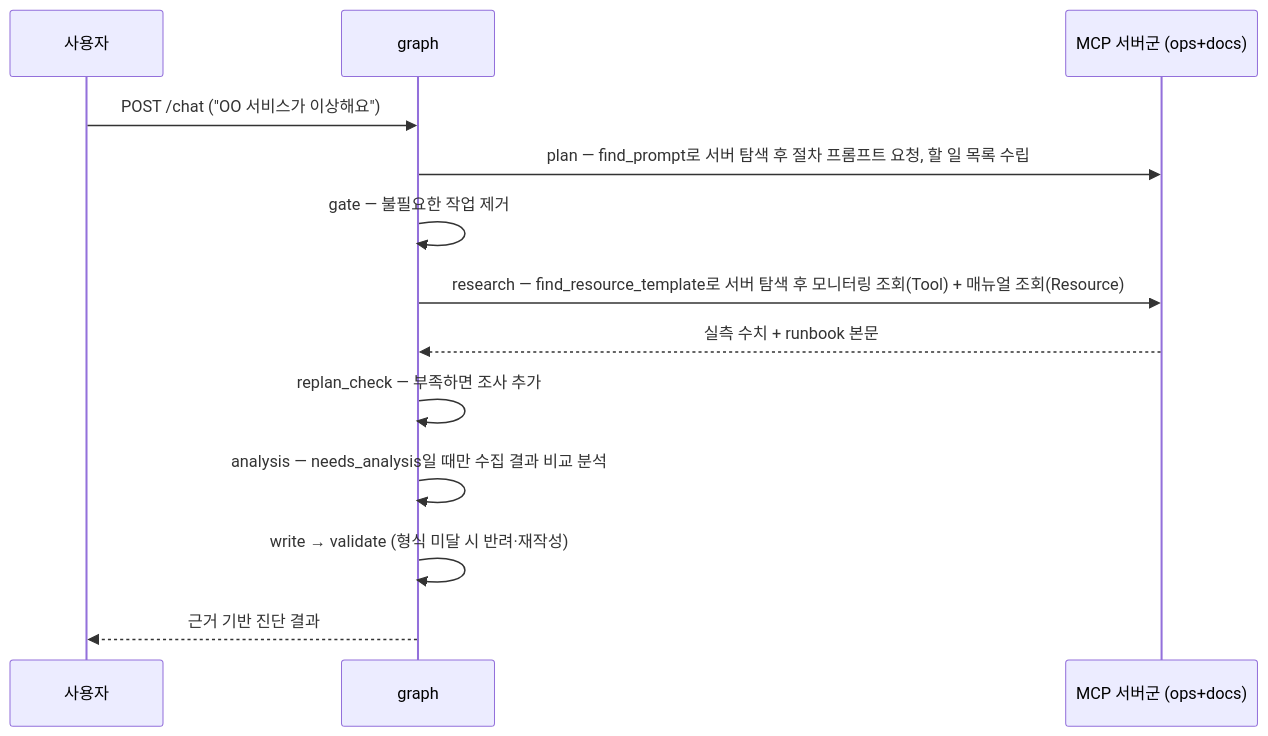
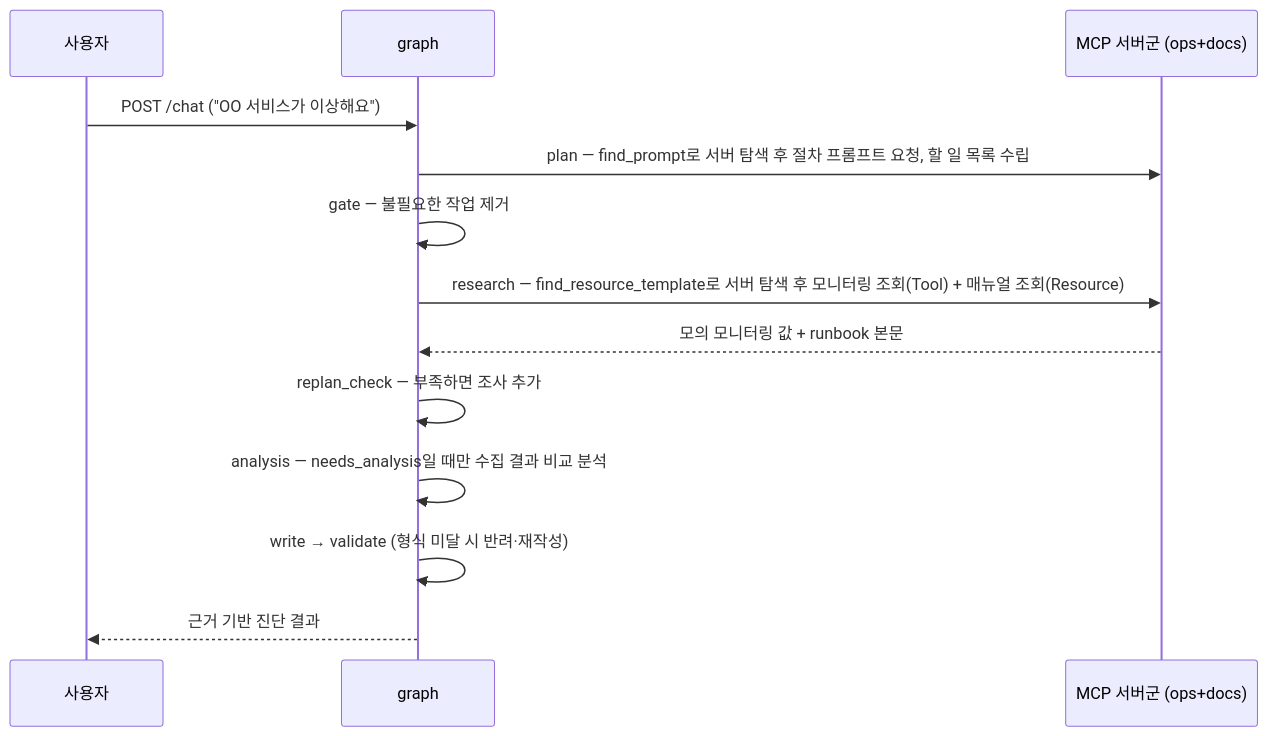
The third of 6 diagrams in doc/README.md (lim-bada/skala-aiservice), drawn with Mermaid before and after one commit. The commit also changed other lines of this file and 91 other files, not shown here.

````diff
--- a/doc/README.md
+++ b/doc/README.md
@@ -128,16 +193,16 @@
 ```mermaid
 sequenceDiagram
     participant U as 사용자
     participant G as graph
     participant M as MCP 서버군 (ops+docs)
 
     U->>G: POST /chat ("OO 서비스가 이상해요")
     G->>M: plan — find_prompt로 서버 탐색 후 절차 프롬프트 요청, 할 일 목록 수립
     G->>G: gate — 불필요한 작업 제거
     G->>M: research — find_resource_template로 서버 탐색 후 모니터링 조회(Tool) + 매뉴얼 조회(Resource)
-    M-->>G: 실측 수치 + runbook 본문
+    M-->>G: 모의 모니터링 값 + runbook 본문
     G->>G: replan_check — 부족하면 조사 추가
     G->>G: analysis — needs_analysis일 때만 수집 결과 비교 분석
     G->>G: write → validate (형식 미달 시 반려·재작성)
     G-->>U: 근거 기반 진단 결과
 ```
````
